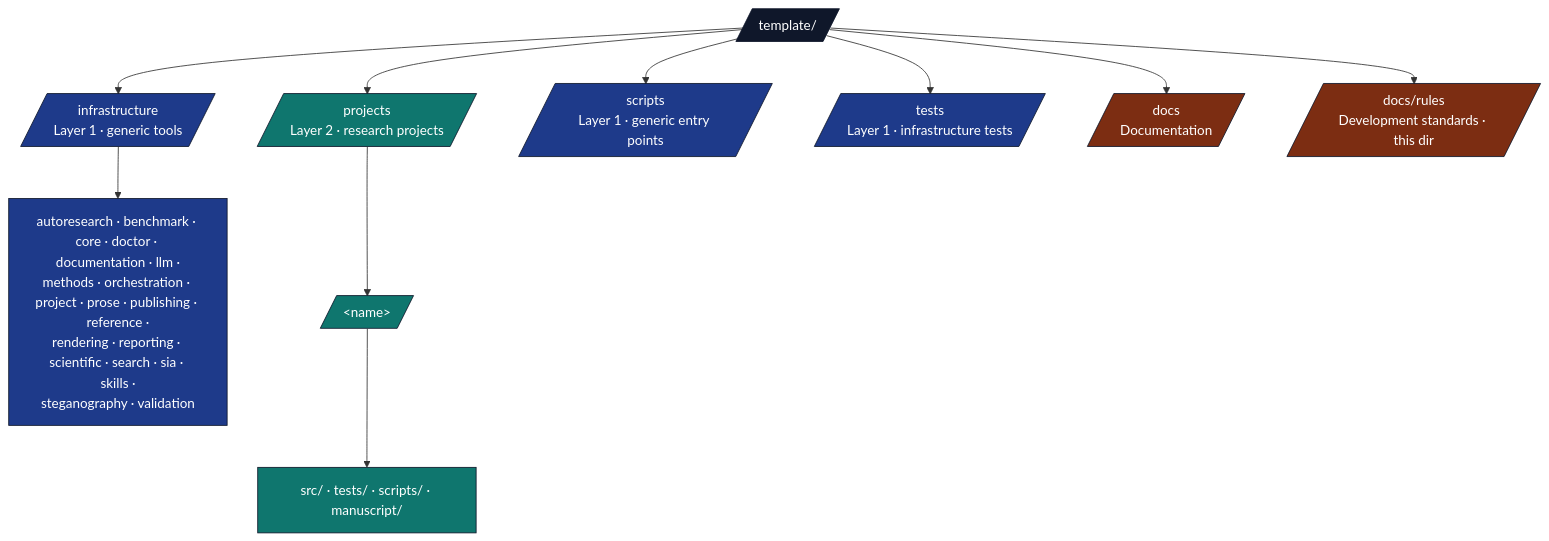
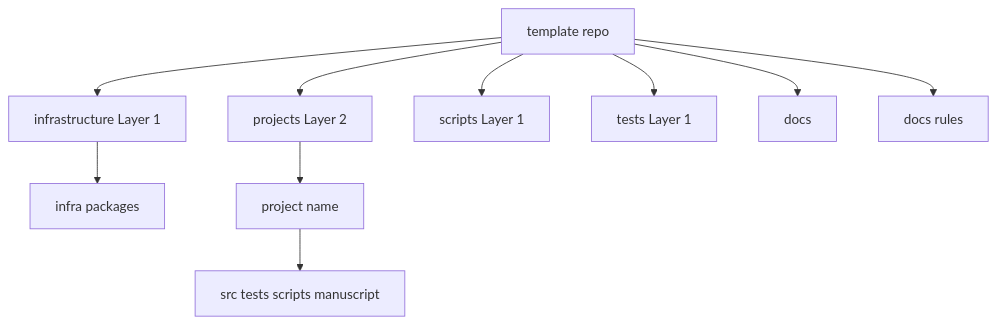
The third of 3 diagrams in docs/rules/AGENTS.md (docxology/template), drawn with Mermaid before and after one commit. The commit also changed other lines of this file and 94 other files, not shown here.

````diff
--- a/docs/rules/AGENTS.md
+++ b/docs/rules/AGENTS.md
@@ -397,24 +384,13 @@
 ```mermaid
 flowchart TB
-    ROOT[/template//]
-    ROOT --> INFRA[/infrastructure<br/>Layer 1 · generic tools/]
-    ROOT --> PROJ[/projects<br/>Layer 2 · research projects/]
-    ROOT --> SCR[/scripts<br/>Layer 1 · generic entry points/]
-    ROOT --> T[/tests<br/>Layer 1 · infrastructure tests/]
-    ROOT --> DOC[/docs<br/>Documentation/]
-    ROOT --> RULES[/docs/rules<br/>Development standards · this dir/]
-
-    INFRA --> INFRA_SUB[autoresearch · benchmark · core · doctor · documentation · llm ·<br/>methods · orchestration · project · prose · publishing · reference ·<br/>rendering · reporting · scientific · search · sia · skills ·<br/>steganography · validation]
-
-    PROJ --> P_NAME[/&lt;name&gt;/]
-    P_NAME --> P_SUB[src/ · tests/ · scripts/ · manuscript/]
-
-    classDef root fill:#0f172a,stroke:#0f172a,color:#fff
-    classDef l1 fill:#1e3a8a,stroke:#0f172a,color:#fff
-    classDef l2 fill:#0f766e,stroke:#0f172a,color:#fff
-    classDef doc fill:#7c2d12,stroke:#0f172a,color:#fff
-    class ROOT root
-    class INFRA,SCR,T,INFRA_SUB l1
-    class PROJ,P_NAME,P_SUB l2
-    class DOC,RULES doc
+    ROOT[template repo]
+    ROOT --> INFRA[infrastructure Layer 1]
+    ROOT --> PROJ[projects Layer 2]
+    ROOT --> SCR[scripts Layer 1]
+    ROOT --> T[tests Layer 1]
+    ROOT --> DOC[docs]
+    ROOT --> RULES[docs rules]
+    INFRA --> INFRA_SUB[infra packages]
+    PROJ --> P_NAME[project name]
+    P_NAME --> P_SUB[src tests scripts manuscript]
 ```
````
